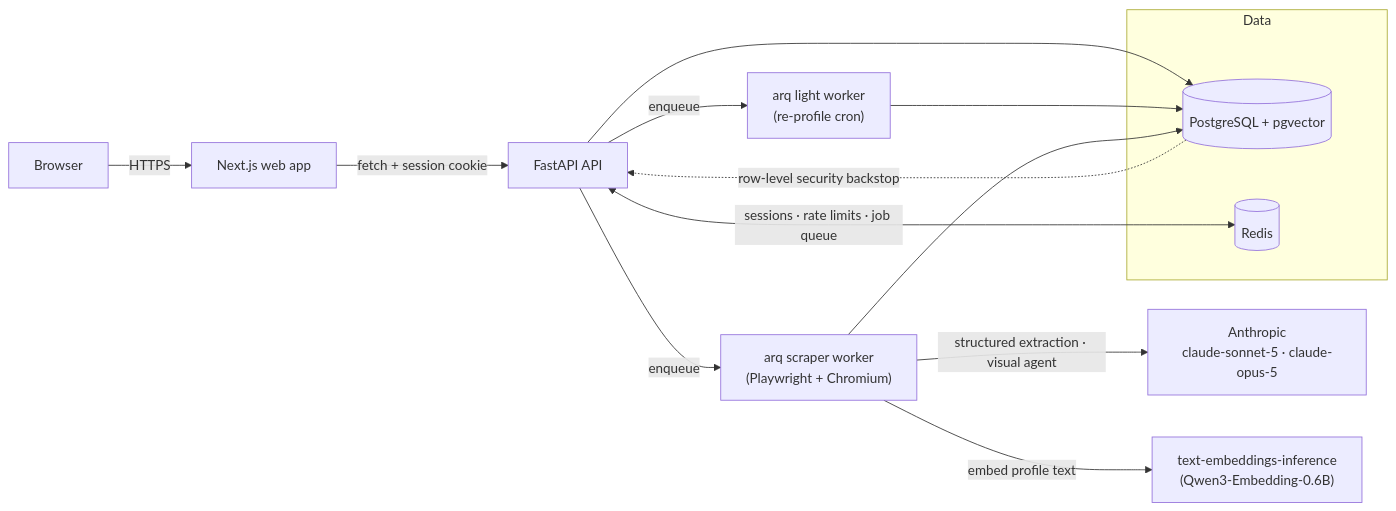
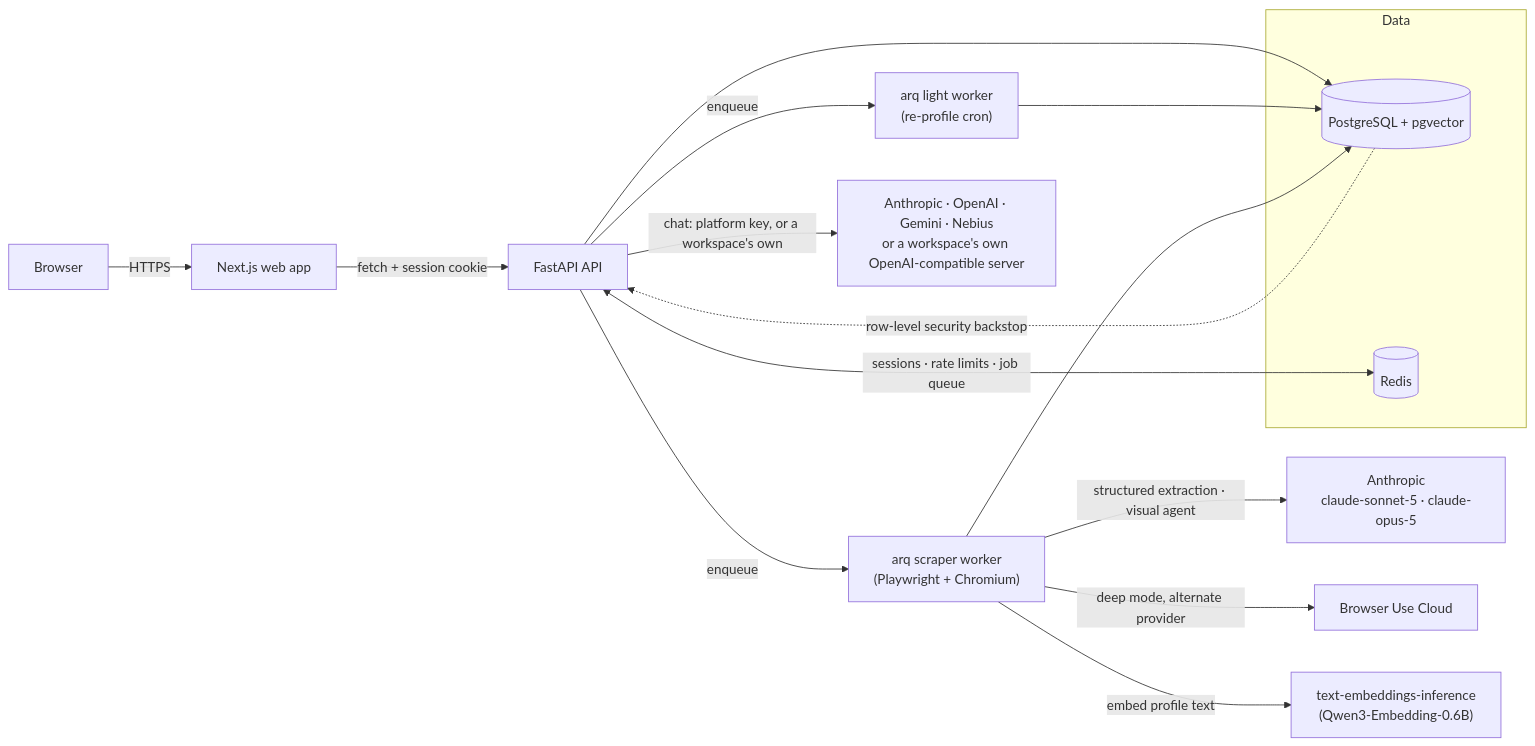
Before and after one commit to Amboyandrey/ReScope: the diagram in README.md, drawn with Mermaid. The commit also changed other lines of this file and 1 other file, not shown here.

First line of the commit message:
docs: resync README and ARCHITECTURE.md with everything shipped since Phase 5

````diff
--- a/README.md
+++ b/README.md
@@ -40,21 +53,23 @@
 ```mermaid
 flowchart LR
     Browser -->|HTTPS| Web["Next.js web app"]
     Web -->|"fetch + session cookie"| API["FastAPI API"]
 
     subgraph Data
         PG[("PostgreSQL + pgvector")]
         Redis[("Redis")]
     end
 
     API --> PG
     API <-->|"sessions · rate limits · job queue"| Redis
     API -->|"enqueue"| Worker["arq light worker<br/>(re-profile cron)"]
     API -->|"enqueue"| Scraper["arq scraper worker<br/>(Playwright + Chromium)"]
     Worker --> PG
     Scraper --> PG
     Scraper -->|"structured extraction · visual agent"| LLM["Anthropic<br/>claude-sonnet-5 · claude-opus-5"]
+    Scraper -->|"deep mode, alternate provider"| BUC["Browser Use Cloud"]
     Scraper -->|"embed profile text"| TEI["text-embeddings-inference<br/>(Qwen3-Embedding-0.6B)"]
+    API -->|"chat: platform key, or a workspace's own"| ChatLLM["Anthropic · OpenAI · Gemini · Nebius<br/>or a workspace's own OpenAI-compatible server"]
 
     PG -.->|"row-level security backstop"| API
 ```
````
